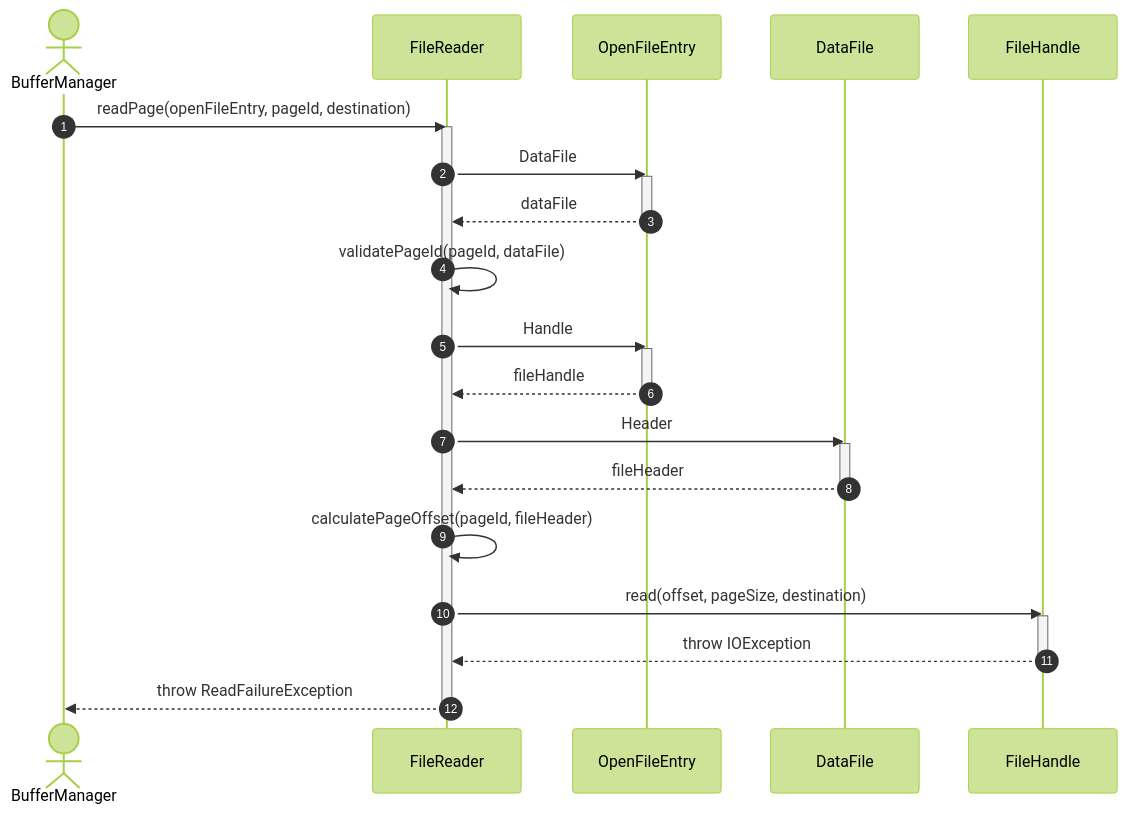
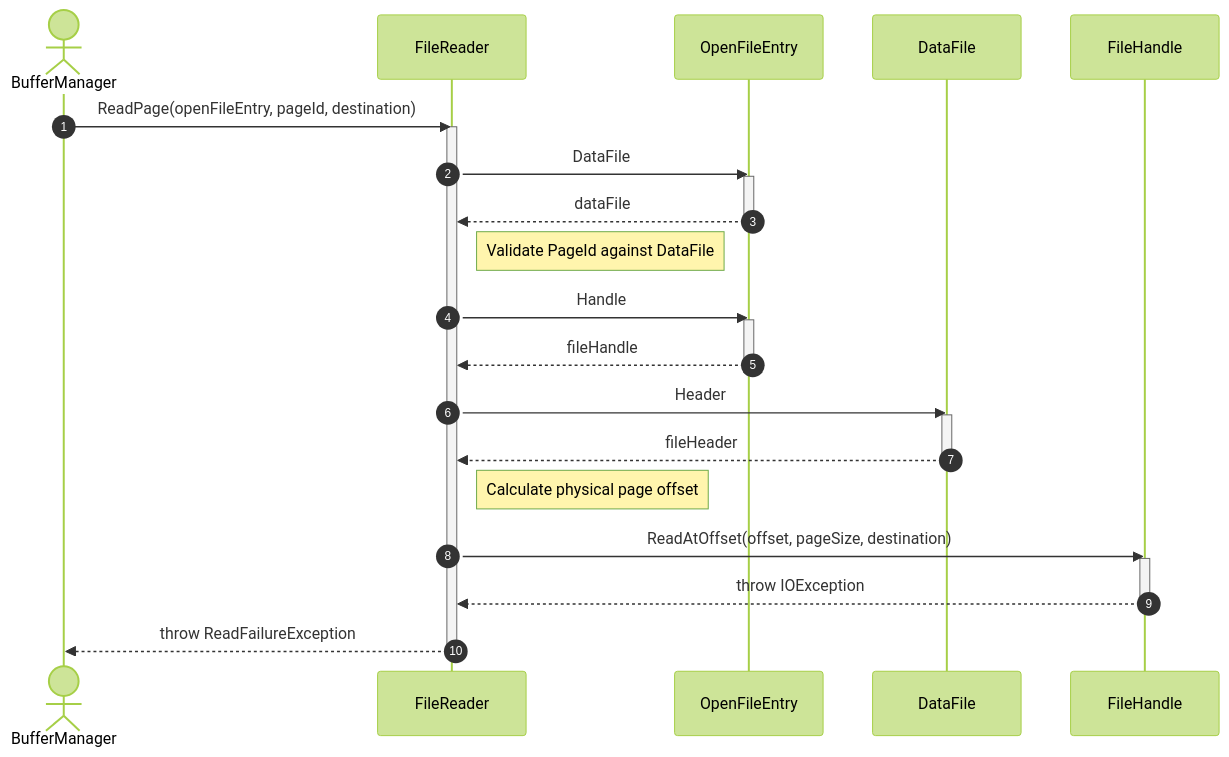
Before and after one commit to manaxpow/DBMS: the fourth of 4 diagrams in docs/diagrams/sequence-diagrams/storage-engine/file-management/file-io/read-file.md, drawn with Mermaid (forest theme). The commit also changed other lines of this file and 98 other files, not shown here.

````diff
--- a/docs/diagrams/sequence-diagrams/storage-engine/file-management/file-io/read-file.md
+++ b/docs/diagrams/sequence-diagrams/storage-engine/file-management/file-io/read-file.md
@@ -123,39 +123,39 @@
 ```mermaid
 sequenceDiagram
     autonumber
     actor BM as BufferManager
     participant FR as FileReader
     participant OE as OpenFileEntry
     participant DF as DataFile
     participant FH as FileHandle
 
-    BM->>FR: readPage(openFileEntry, pageId, destination)
+    BM->>FR: ReadPage(openFileEntry, pageId, destination)
     activate FR
     
     FR->>OE: DataFile
     activate OE
     OE-->>FR: dataFile
     deactivate OE
     
-    FR->>FR: validatePageId(pageId, dataFile)
+    note right of FR: Validate PageId against DataFile
     
     FR->>OE: Handle
     activate OE
     OE-->>FR: fileHandle
     deactivate OE
     
     FR->>DF: Header
     activate DF
     DF-->>FR: fileHeader
     deactivate DF
     
-    FR->>FR: calculatePageOffset(pageId, fileHeader)
+    note right of FR: Calculate physical page offset
     
-    FR->>FH: read(offset, pageSize, destination)
+    FR->>FH: ReadAtOffset(offset, pageSize, destination)
     activate FH
     FH-->>FR: throw IOException
     deactivate FH
     
     FR-->>BM: throw ReadFailureException
     deactivate FR
 ```
````
